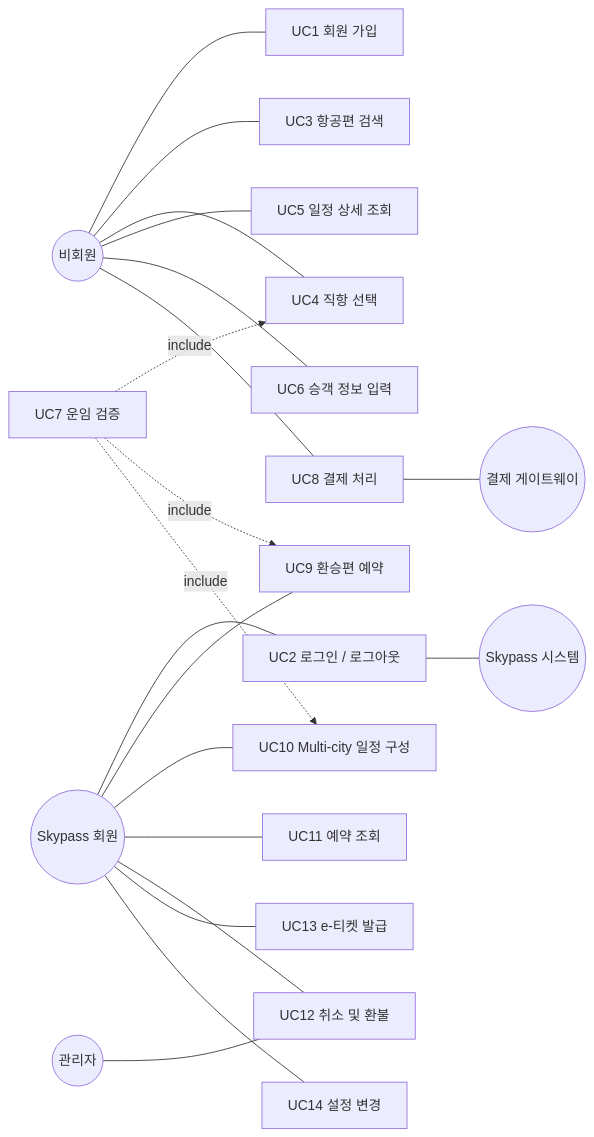
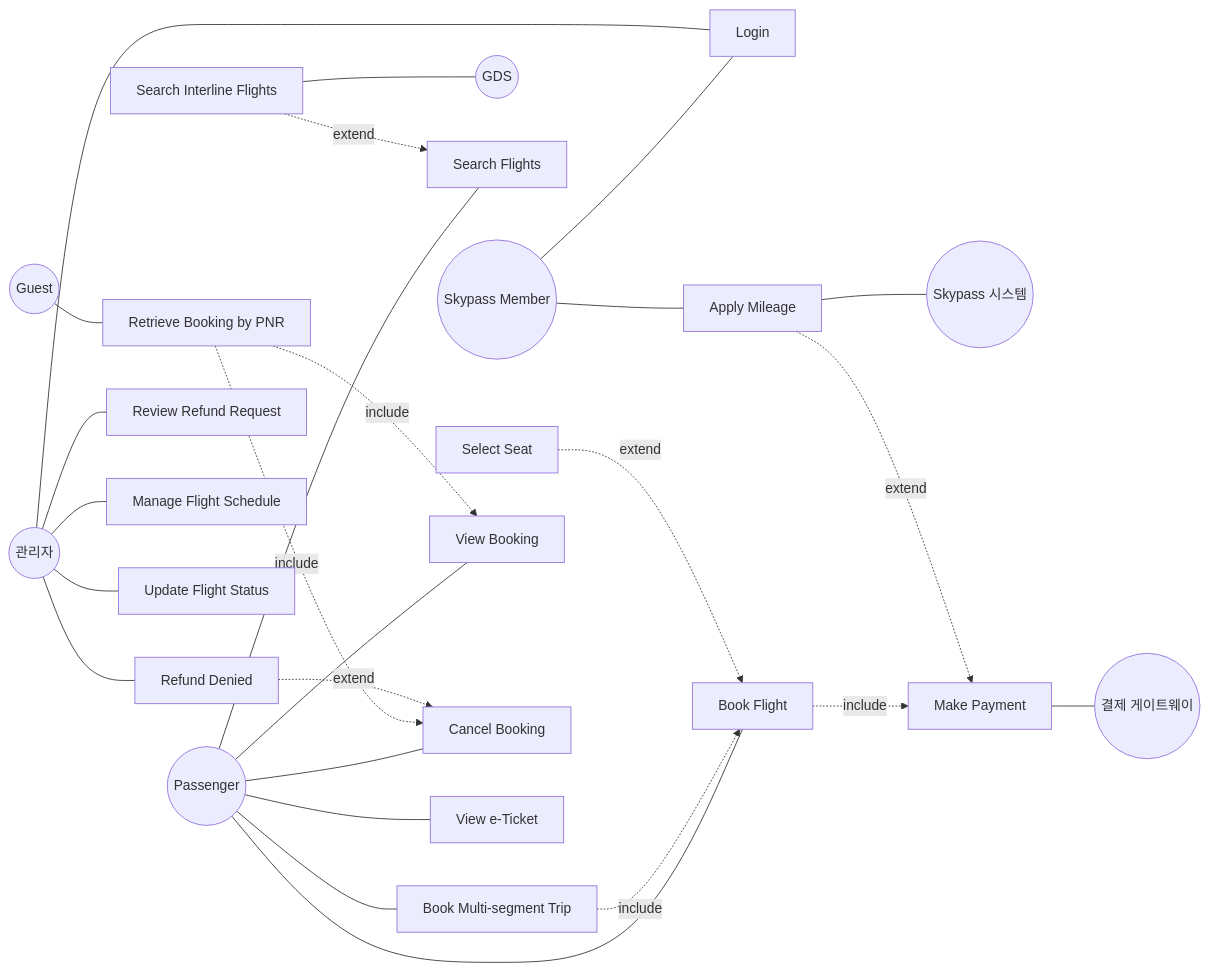
The second of 5 diagrams in docs/proposal-0/proposal-0-feature-inventory-ko.md (HANDONGLJH/KoreanAirReservationDomain), drawn with Mermaid before and after one commit. The commit also changed other lines of this file, not shown here.

Commit message:
docs(proposal-0/ko): move iteration inventories into roadmap

````diff
--- a/docs/proposal-0/proposal-0-feature-inventory-ko.md
+++ b/docs/proposal-0/proposal-0-feature-inventory-ko.md
@@ -290,43 +278,53 @@
 ```mermaid
 flowchart LR
-    Guest((비회원))
-    Member((Skypass 회원))
+    Passenger((Passenger))
+    Member((Skypass Member))
+    Guest((Guest))
     Admin((관리자))
     Payment((결제 게이트웨이))
     Skypass((Skypass 시스템))
+    GDS((GDS))
 
-    UC1[UC1 회원 가입]
-    UC2[UC2 로그인 / 로그아웃]
-    UC3[UC3 항공편 검색]
-    UC4[UC4 직항 선택]
-    UC5[UC5 일정 상세 조회]
-    UC6[UC6 승객 정보 입력]
-    UC7[UC7 운임 검증]
-    UC8[UC8 결제 처리]
-    UC9[UC9 환승편 예약]
-    UC10[UC10 Multi-city 일정 구성]
-    UC11[UC11 예약 조회]
-    UC12[UC12 취소 및 환불]
-    UC13[UC13 e-티켓 발급]
-    UC14[UC14 설정 변경]
+    UC1[Login]
+    UC2[Search Flights]
+    UC3[Book Flight]
+    UC4[Book Multi-segment Trip]
+    UC5[Select Seat]
+    UC6[Make Payment]
+    UC7[Apply Mileage]
+    UC8[View Booking]
+    UC9[Cancel Booking]
+    UC10[View e-Ticket]
+    UC11[Refund Denied]
+    UC12[Retrieve Booking by PNR]
+    UC13[Review Refund Request]
+    UC14[Manage Flight Schedule]
+    UC15[Update Flight Status]
+    UC16[Search Interline Flights]
 
-    Guest --- UC1
-    Guest --- UC3
-    Guest --- UC4
-    Guest --- UC5
-    Guest --- UC6
-    Guest --- UC8
-    Member --- UC2
-    Member --- UC9
-    Member --- UC10
-    Member --- UC11
-    Member --- UC12
-    Member --- UC13
-    Member --- UC14
-    Admin --- UC12
-    UC8 --- Payment
-    UC2 --- Skypass
-    UC7 -. include .-> UC4
-    UC7 -. include .-> UC9
-    UC7 -. include .-> UC10
+    Passenger --- UC2
+    Passenger --- UC3
+    Passenger --- UC4
+    Passenger --- UC8
+    Passenger --- UC9
+    Passenger --- UC10
+    Guest --- UC12
+    Member --- UC1
+    Member --- UC7
+    Admin --- UC1
+    Admin --- UC13
+    Admin --- UC14
+    Admin --- UC15
+    Admin --- UC11
+    UC6 --- Payment
+    UC7 --- Skypass
+    UC16 --- GDS
+    UC3 -. include .-> UC6
+    UC4 -. include .-> UC3
+    UC12 -. include .-> UC8
+    UC12 -. include .-> UC9
+    UC5 -. extend .-> UC3
+    UC7 -. extend .-> UC6
+    UC11 -. extend .-> UC9
+    UC16 -. extend .-> UC2
 ```
````
